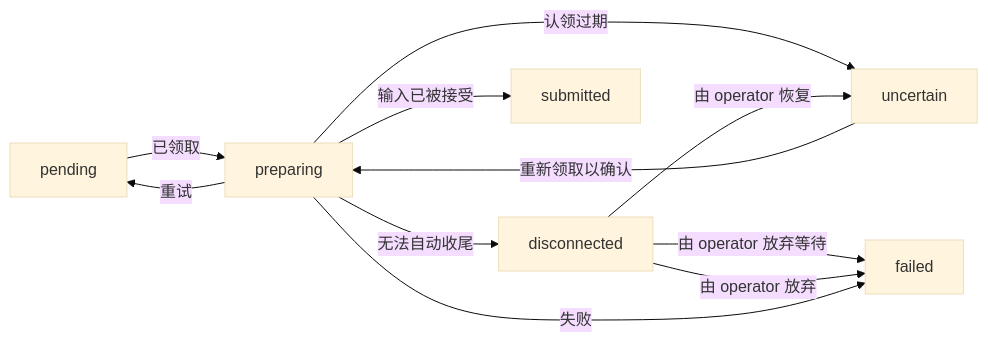
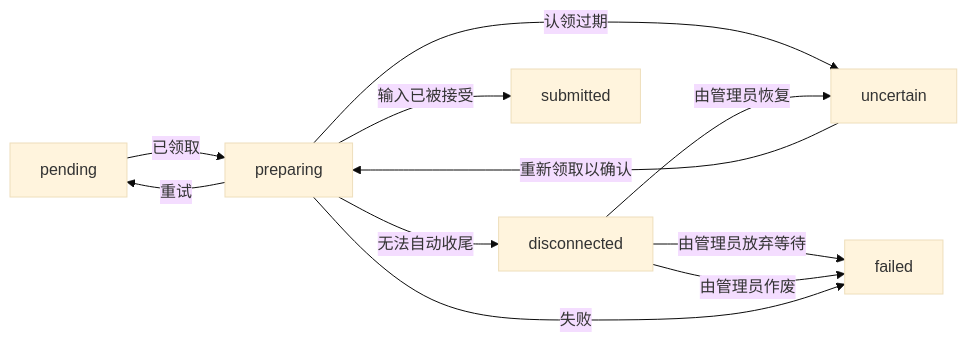
One commit to Agent-AI-Chalmers/sec-review-bot changed the first of 4 diagrams in contracts/review-runs-api/v1/STATE_MACHINES.zh.md. Above: the diagram before and after it, drawn with Mermaid (base theme). The commit also changed other lines of this file and 12 other files, not shown here.

````diff
--- a/contracts/review-runs-api/v1/STATE_MACHINES.zh.md
+++ b/contracts/review-runs-api/v1/STATE_MACHINES.zh.md
@@ -15,19 +15,19 @@
 ```mermaid
 flowchart LR
   preparation_pending["pending"]
   preparation_preparing["preparing"]
   preparation_uncertain["uncertain"]
   preparation_disconnected["disconnected"]
   preparation_submitted["submitted"]
   preparation_failed["failed"]
   preparation_pending -->|"已领取"| preparation_preparing
   preparation_preparing -->|"输入已被接受"| preparation_submitted
   preparation_preparing -->|"重试"| preparation_pending
   preparation_preparing -->|"认领过期"| preparation_uncertain
   preparation_uncertain -->|"重新领取以确认"| preparation_preparing
   preparation_preparing -->|"无法自动收尾"| preparation_disconnected
-  preparation_disconnected -->|"由 operator 恢复"| preparation_uncertain
-  preparation_disconnected -->|"由 operator 放弃等待"| preparation_failed
-  preparation_disconnected -->|"由 operator 放弃"| preparation_failed
+  preparation_disconnected -->|"由管理员恢复"| preparation_uncertain
+  preparation_disconnected -->|"由管理员放弃等待"| preparation_failed
+  preparation_disconnected -->|"由管理员作废"| preparation_failed
   preparation_preparing -->|"失败"| preparation_failed
 ```
````
